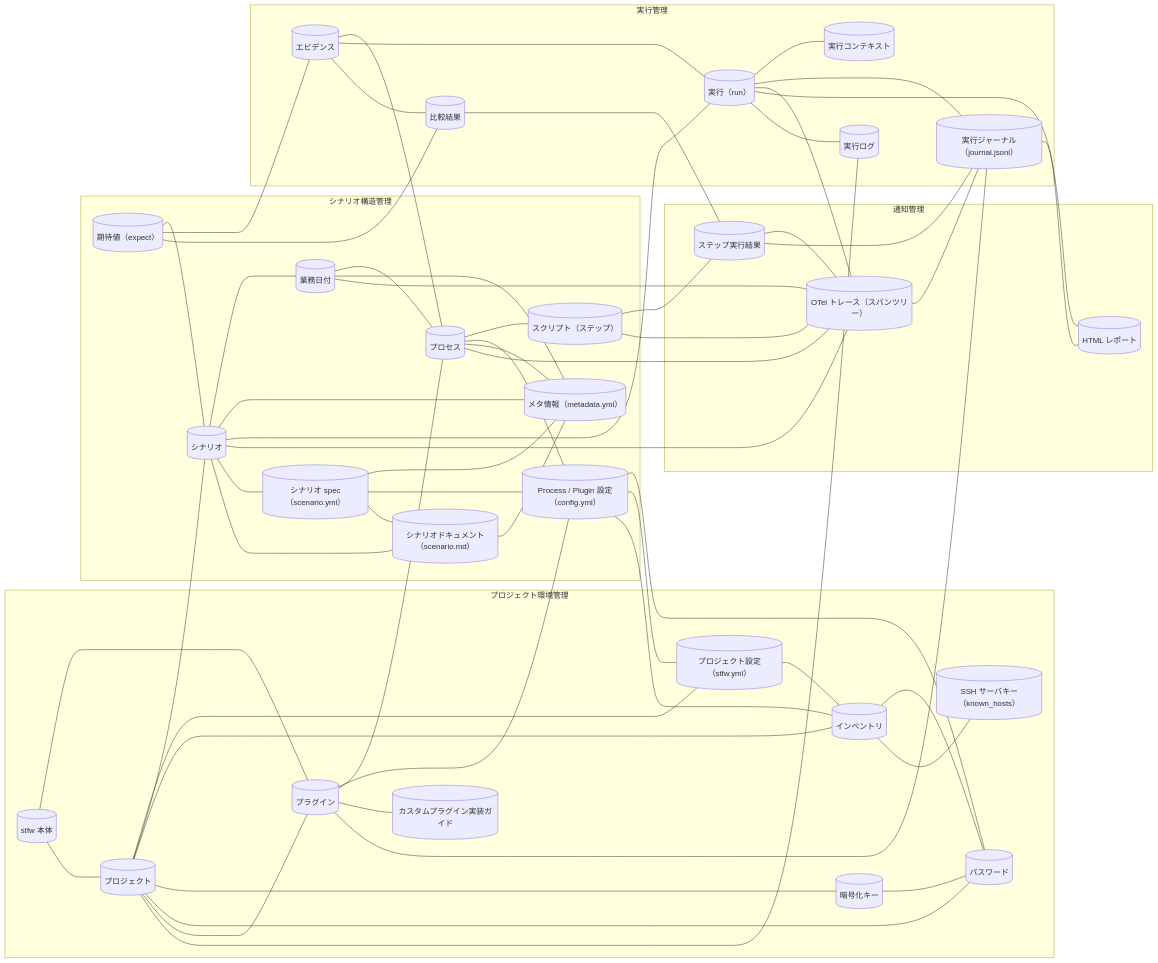
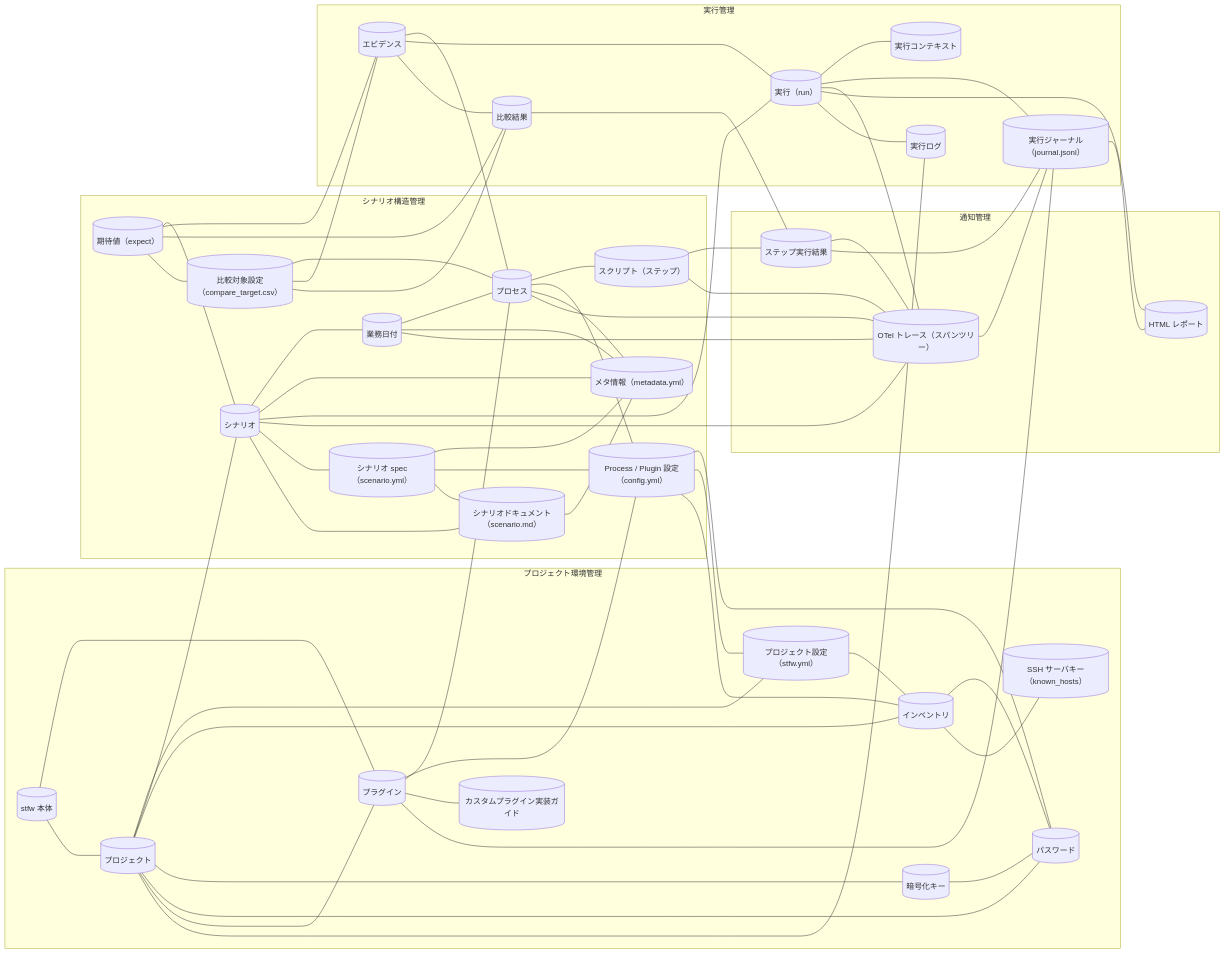
One commit to scenario-test-framework/stfw changed the diagram in docs/rdra/latest/views/05_情報モデル.md. Above: the diagram before and after it, drawn with Mermaid. The commit also changed other lines of this file and 22 other files, not shown here.

````diff
--- a/docs/rdra/latest/views/05_情報モデル.md
+++ b/docs/rdra/latest/views/05_情報モデル.md
@@ -27,19 +27,20 @@
     IF16[("期待値（expect）")]
     IF17[("シナリオ spec（scenario.yml）")]
     IF18[("シナリオドキュメント（scenario.md）")]
+    IF19[("比較対象設定（compare_target.csv）")]
   end
   subgraph CX3["実行管理"]
-    IF19[("実行（run）")]
-    IF20[("実行コンテキスト")]
-    IF21[("実行ログ")]
-    IF22[("実行ジャーナル（journal.jsonl）")]
-    IF23[("エビデンス")]
-    IF24[("比較結果")]
+    IF20[("実行（run）")]
+    IF21[("実行コンテキスト")]
+    IF22[("実行ログ")]
+    IF23[("実行ジャーナル（journal.jsonl）")]
+    IF24[("エビデンス")]
+    IF25[("比較結果")]
   end
   subgraph CX4["通知管理"]
-    IF25[("ステップ実行結果")]
-    IF26[("OTel トレース（スパンツリー）")]
-    IF27[("HTML レポート")]
+    IF26[("ステップ実行結果")]
+    IF27[("OTel トレース（スパンツリー）")]
+    IF28[("HTML レポート")]
   end
   IF1 --- IF7
   IF1 --- IF2
@@ -49,7 +50,7 @@
   IF2 --- IF5
   IF2 --- IF6
   IF2 --- IF7
-  IF2 --- IF21
+  IF2 --- IF22
   IF3 --- IF4
   IF4 --- IF6
   IF4 --- IF8
@@ -60,40 +61,44 @@
   IF7 --- IF9
   IF10 --- IF11
   IF10 --- IF15
-  IF10 --- IF19
-  IF10 --- IF26
+  IF10 --- IF20
+  IF10 --- IF27
   IF10 --- IF17
   IF10 --- IF18
   IF11 --- IF12
   IF11 --- IF15
-  IF11 --- IF26
+  IF11 --- IF27
   IF12 --- IF13
   IF12 --- IF14
   IF12 --- IF15
-  IF12 --- IF26
-  IF13 --- IF25
+  IF12 --- IF27
+  IF13 --- IF26
   IF14 --- IF6
   IF14 --- IF3
-  IF19 --- IF20
-  IF19 --- IF22
-  IF19 --- IF26
-  IF19 --- IF27
-  IF19 --- IF21
+  IF20 --- IF21
+  IF20 --- IF23
+  IF20 --- IF27
+  IF20 --- IF28
+  IF20 --- IF22
+  IF26 --- IF27
+  IF26 --- IF23
+  IF27 --- IF23
+  IF27 --- IF13
+  IF23 --- IF28
+  IF23 --- IF7
+  IF16 --- IF10
+  IF16 --- IF24
+  IF16 --- IF25
+  IF16 --- IF19
+  IF24 --- IF12
+  IF24 --- IF20
+  IF24 --- IF25
   IF25 --- IF26
-  IF25 --- IF22
-  IF26 --- IF22
-  IF26 --- IF13
-  IF22 --- IF27
-  IF22 --- IF7
-  IF16 --- IF10
-  IF16 --- IF23
-  IF16 --- IF24
-  IF23 --- IF12
-  IF23 --- IF19
-  IF23 --- IF24
-  IF24 --- IF25
   IF17 --- IF15
   IF17 --- IF14
   IF17 --- IF18
   IF18 --- IF15
+  IF19 --- IF12
+  IF19 --- IF24
+  IF19 --- IF25
 ```
````
